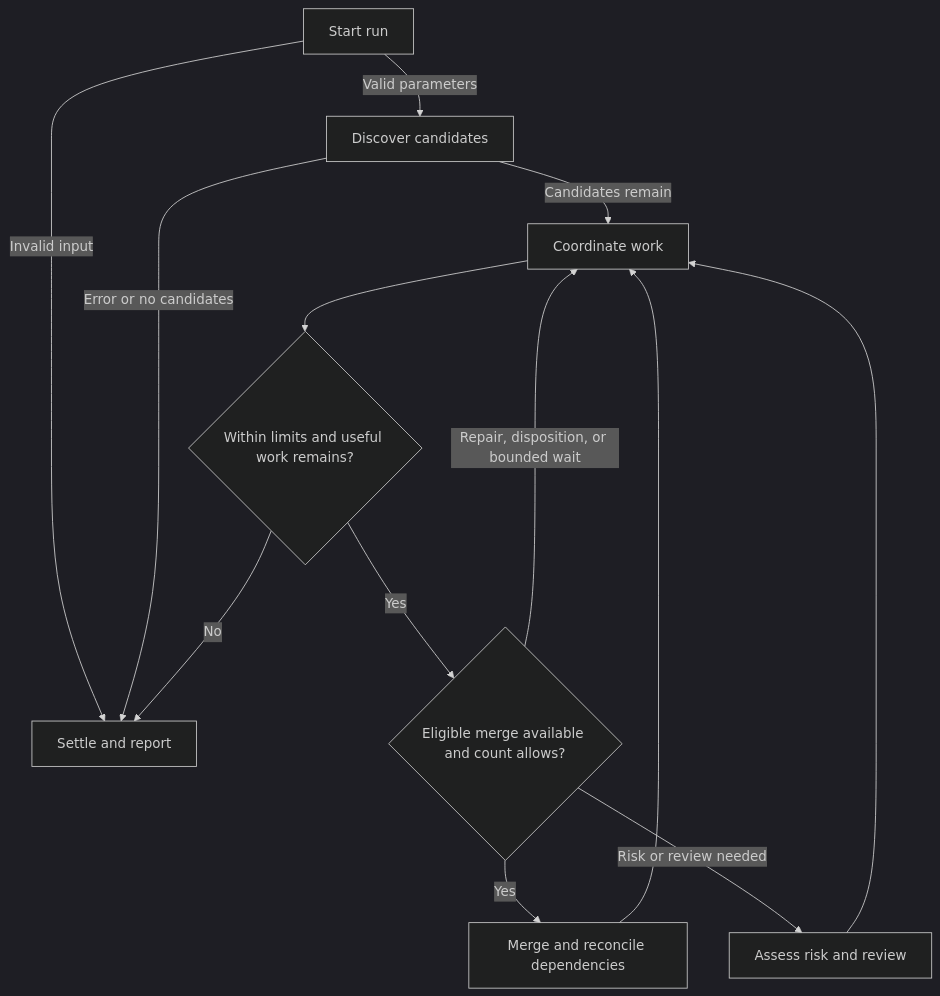
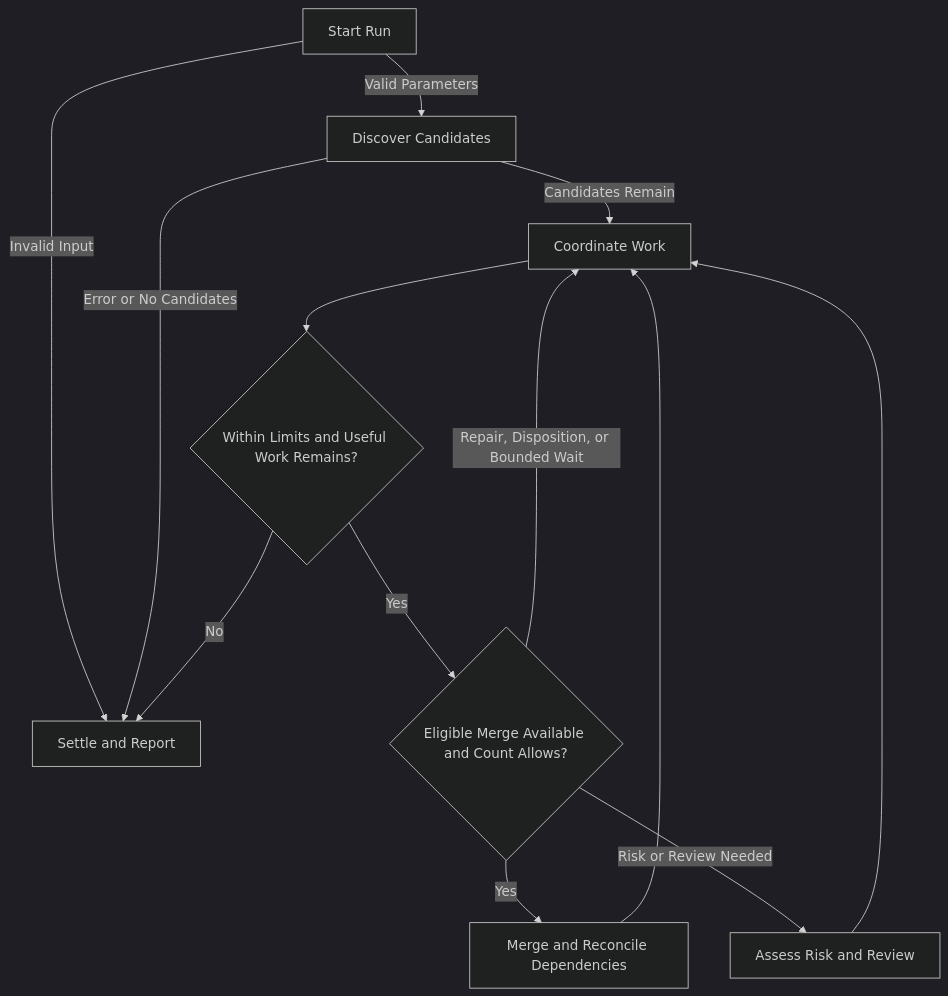
Before and after one commit to schmingle/config: the diagram in .claude/skills/pr-merge-queue/SKILL.md, drawn with Mermaid (dark theme). The commit also changed other lines of this file and 2 other files, not shown here.

First line of the commit message:
Condense merge queue guidance and standardize skill reviews

````diff
--- a/.claude/skills/pr-merge-queue/SKILL.md
+++ b/.claude/skills/pr-merge-queue/SKILL.md
@@ -21,15 +22,15 @@
 ```mermaid
 flowchart TD
-    Start[Start run] -->|Valid parameters| Discover[Discover candidates]
-    Start -->|Invalid input| Report[Settle and report]
-    Discover -->|Error or no candidates| Report
-    Discover -->|Candidates remain| Coordinate[Coordinate work]
-    Coordinate --> Continue{Within limits and useful work remains?}
+    Start[Start Run] -->|Valid Parameters| Discover[Discover Candidates]
+    Start -->|Invalid Input| Report[Settle and Report]
+    Discover -->|Error or No Candidates| Report
+    Discover -->|Candidates Remain| Coordinate[Coordinate Work]
+    Coordinate --> Continue{Within Limits and Useful Work Remains?}
     Continue -->|No| Report
-    Continue -->|Yes| Ready{Eligible merge available and count allows?}
-    Ready -->|Yes| Merge[Merge and reconcile dependencies]
+    Continue -->|Yes| Ready{Eligible Merge Available and Count Allows?}
+    Ready -->|Yes| Merge[Merge and Reconcile Dependencies]
     Merge --> Coordinate
-    Ready -->|Risk or review needed| Review[Assess risk and review]
+    Ready -->|Risk or Review Needed| Review[Assess Risk and Review]
     Review --> Coordinate
-    Ready -->|Repair, disposition, or bounded wait| Coordinate
+    Ready -->|Repair, Disposition, or Bounded Wait| Coordinate
 ```
````
